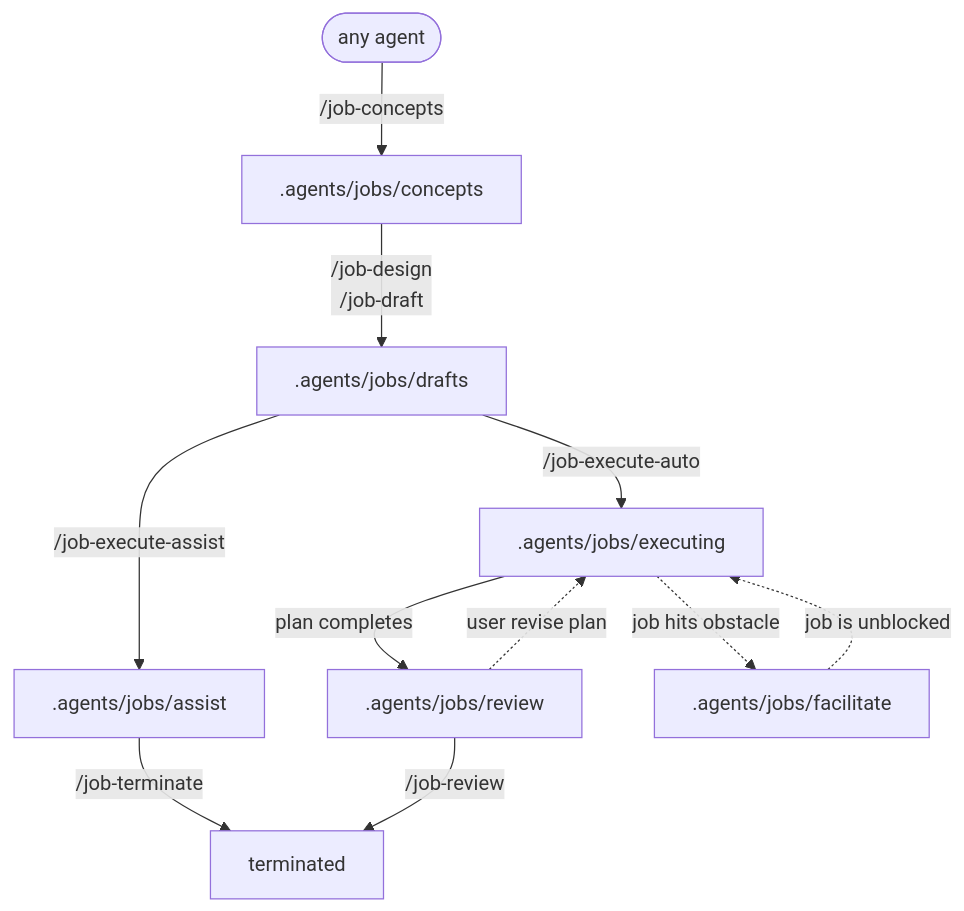
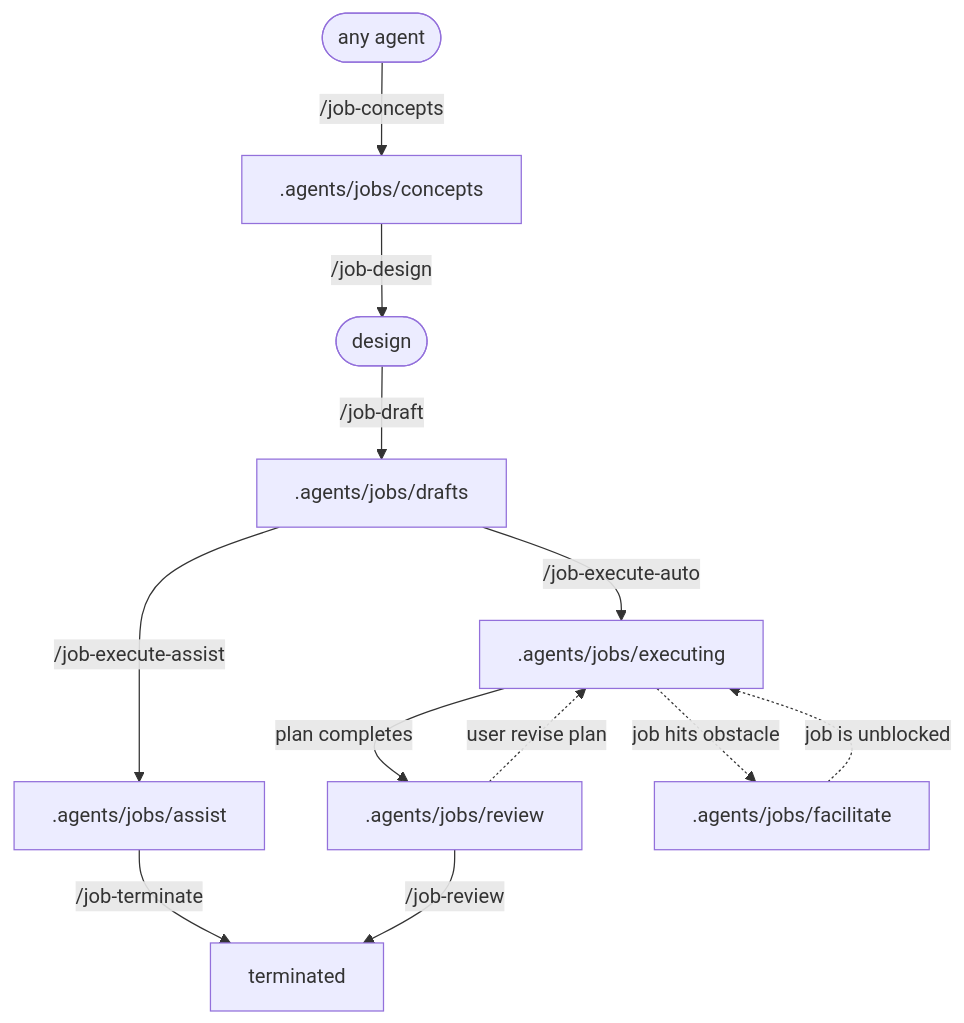
One commit to ahumandev/autocode changed the third of 4 diagrams in README.md. Above: the diagram before and after it, drawn with Mermaid. The commit also changed other lines of this file, not shown here.

Commit message:
Minor improvements.

````diff
--- a/README.md
+++ b/README.md
@@ -112,16 +112,15 @@
 ```mermaid
 flowchart TD
-  any([any agent]) -->|/job-concepts| concepts[.agents/jobs/concepts]
-  concepts -->|/job-design\n/job-draft| drafts[.agents/jobs/drafts]
+  any([any agent]) -->|/job-concepts| concepts[.agents/jobs/concepts] -->|/job-design| design([design]) -->|/job-draft| drafts[.agents/jobs/drafts]
   drafts --> |/job-execute-assist| assist[.agents/jobs/assist]
   assist --> |/job-terminate| terminated
    
   drafts -->|/job-execute-auto| executing[.agents/jobs/executing]
   executing -->|plan completes| reviews[.agents/jobs/review]
   reviews -->|/job-review| terminated
  
   executing .->|job hits obstacle| facilitate[.agents/jobs/facilitate]
   facilitate .->|job is unblocked| executing
   
   reviews .->|user revise plan| executing
 ```
````
